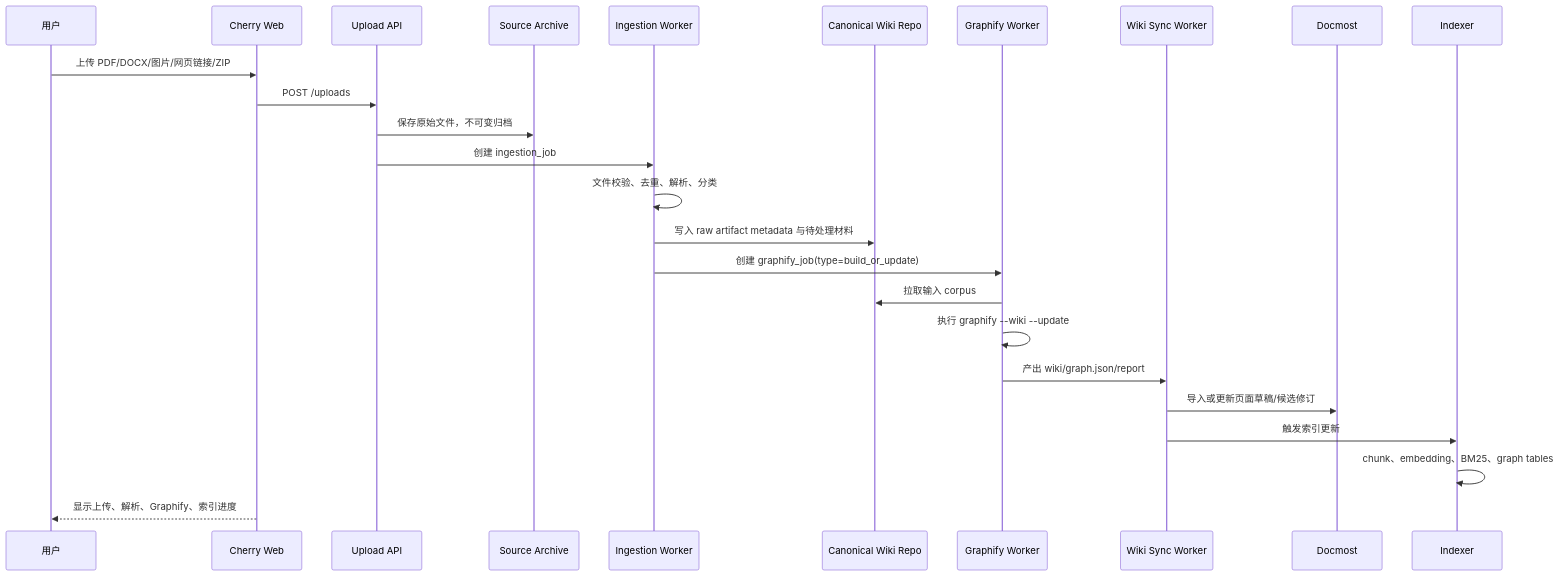
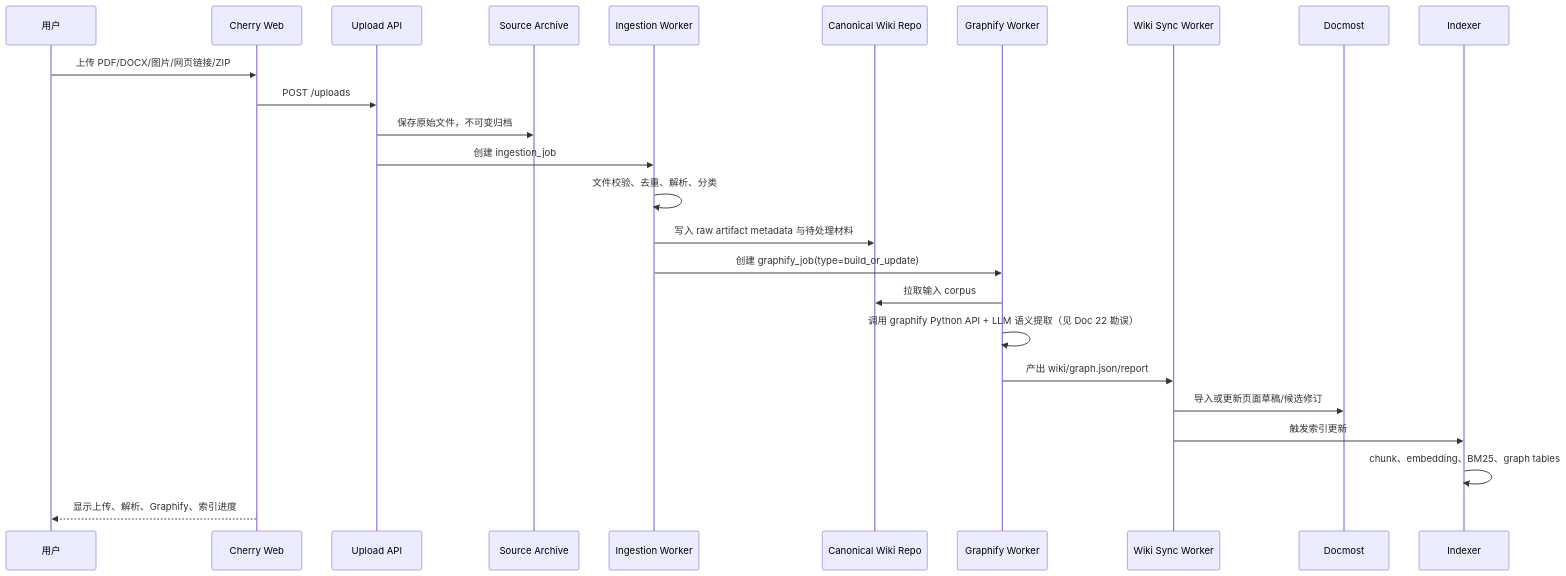
Before and after one commit to DankerMu/CherryWiki: the second of 4 diagrams in docs/architecture/02_总体架构设计.md, drawn with Mermaid. The commit also changed other lines of this file and 8 other files, not shown here.

First line of the commit message:
docs: graphify integration architecture errata (Doc 22)

````diff
--- a/docs/architecture/02_总体架构设计.md
+++ b/docs/architecture/02_总体架构设计.md
@@ -140,28 +140,28 @@
 ```mermaid
 sequenceDiagram
   participant U as 用户
   participant CW as Cherry Web
   participant API as Upload API
   participant AR as Source Archive
   participant IW as Ingestion Worker
   participant WR as Canonical Wiki Repo
   participant GF as Graphify Worker
   participant WS as Wiki Sync Worker
   participant DM as Docmost
   participant IX as Indexer
 
   U->>CW: 上传 PDF/DOCX/图片/网页链接/ZIP
   CW->>API: POST /uploads
   API->>AR: 保存原始文件，不可变归档
   API->>IW: 创建 ingestion_job
   IW->>IW: 文件校验、去重、解析、分类
   IW->>WR: 写入 raw artifact metadata 与待处理材料
   IW->>GF: 创建 graphify_job(type=build_or_update)
   GF->>WR: 拉取输入 corpus
-  GF->>GF: 执行 graphify --wiki --update
+  GF->>GF: 调用 graphify Python API + LLM 语义提取（见 Doc 22 勘误）
   GF->>WS: 产出 wiki/graph.json/report
   WS->>DM: 导入或更新页面草稿/候选修订
   WS->>IX: 触发索引更新
   IX->>IX: chunk、embedding、BM25、graph tables
   CW-->>U: 显示上传、解析、Graphify、索引进度
 ```
````
